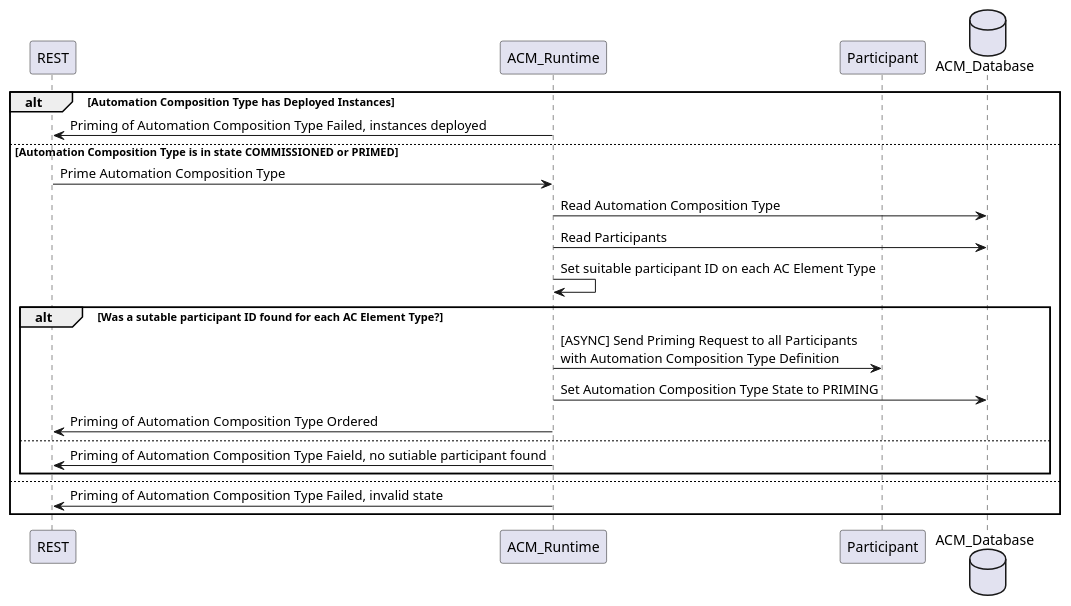
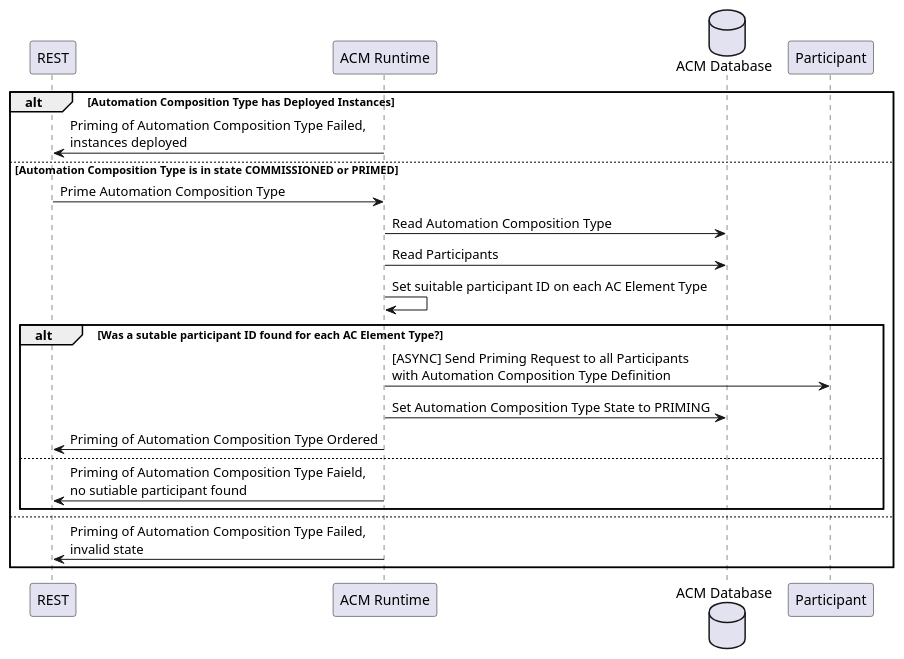
One commit to onap/policy-parent changed the diagram in docs/clamp/acm/plantuml/system-dialogues/PrimeAcTypeOnPpnts.puml. Above: the diagram before and after it, drawn with PlantUML. The commit also changed 40 other files, not shown here.

```diff
--- a/docs/clamp/acm/plantuml/system-dialogues/PrimeAcTypeOnPpnts.puml
+++ b/docs/clamp/acm/plantuml/system-dialogues/PrimeAcTypeOnPpnts.puml
@@ -1,28 +1,28 @@
 @startuml
 participant REST
-participant ACM_Runtime
+participant "ACM Runtime"
+database "ACM Database"
 participant Participant
-database ACM_Database
 
 alt Automation Composition Type has Deployed Instances
-  REST <- ACM_Runtime: Priming of Automation Composition Type Failed, instances deployed
+  REST <- "ACM Runtime": Priming of Automation Composition Type Failed, \ninstances deployed
 else Automation Composition Type is in state COMMISSIONED or PRIMED
- REST -> ACM_Runtime: Prime Automation Composition Type
+ REST -> "ACM Runtime": Prime Automation Composition Type
 
- ACM_Runtime -> ACM_Database: Read Automation Composition Type
- ACM_Runtime -> ACM_Database: Read Participants
- ACM_Runtime -> ACM_Runtime: Set suitable participant ID on each AC Element Type
+ "ACM Runtime" -> "ACM Database": Read Automation Composition Type
+ "ACM Runtime" -> "ACM Database": Read Participants
+ "ACM Runtime" -> "ACM Runtime": Set suitable participant ID on each AC Element Type
 
  alt Was a sutable participant ID found for each AC Element Type?
-  ACM_Runtime -> Participant: [ASYNC] Send Priming Request to all Participants\nwith Automation Composition Type Definition
-  ACM_Runtime -> ACM_Database: Set Automation Composition Type State to PRIMING
+  "ACM Runtime" -> Participant: [ASYNC] Send Priming Request to all Participants\nwith Automation Composition Type Definition
+  "ACM Runtime" -> "ACM Database": Set Automation Composition Type State to PRIMING
 
-  REST <- ACM_Runtime: Priming of Automation Composition Type Ordered
+  REST <- "ACM Runtime": Priming of Automation Composition Type Ordered
  else
-   REST <- ACM_Runtime: Priming of Automation Composition Type Faield, no sutiable participant found
+   REST <- "ACM Runtime": Priming of Automation Composition Type Faield, \nno sutiable participant found
  end
 else
- REST <- ACM_Runtime: Priming of Automation Composition Type Failed, invalid state
+ REST <- "ACM Runtime": Priming of Automation Composition Type Failed, \ninvalid state
 end
 
 @enduml
```
